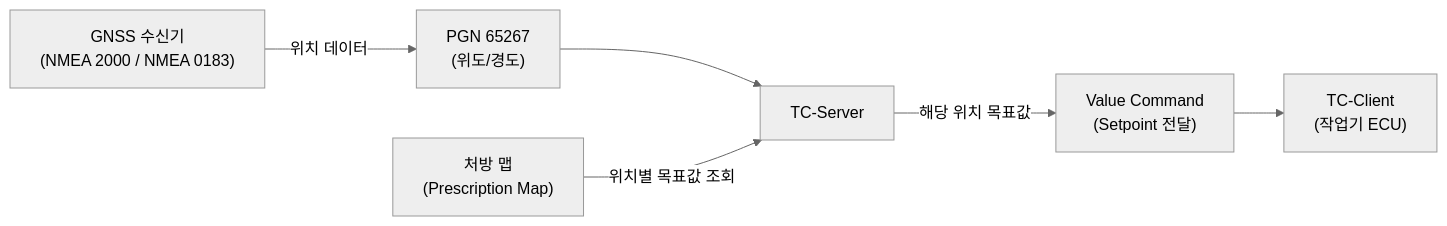
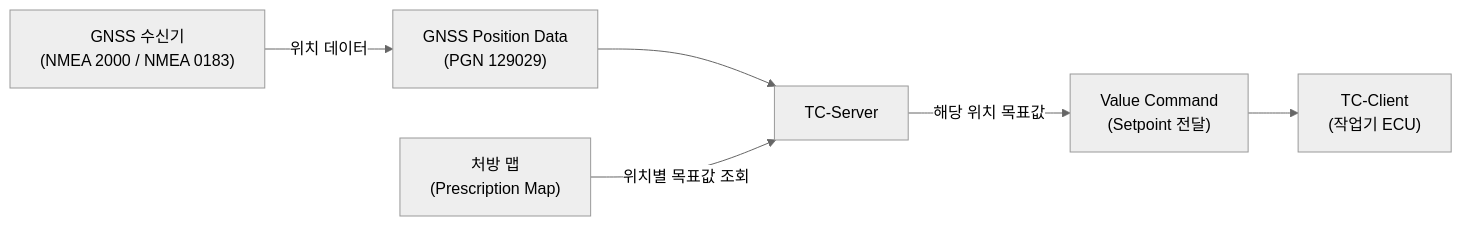
Before and after one commit to hobeen-kim/hobeen-kim.github.io: the fourth of 4 diagrams in docs/_study/isobus/18-tc-basics.md, drawn with Mermaid (neutral theme). The commit also changed other lines of this file and 18 other files, not shown here.

````diff
--- a/docs/_study/isobus/18-tc-basics.md
+++ b/docs/_study/isobus/18-tc-basics.md
@@ -144,15 +167,15 @@
 ```mermaid
 flowchart LR
     GNSS["GNSS 수신기<br>(NMEA 2000 / NMEA 0183)"]
-    PGN["PGN 65267<br>(위도/경도)"]
+    PGN["GNSS Position Data<br>(PGN 129029)"]
     TC["TC-Server"]
     MAP["처방 맵<br>(Prescription Map)"]
     CMD["Value Command<br>(Setpoint 전달)"]
     ECU["TC-Client<br>(작업기 ECU)"]
 
     GNSS -->|"위치 데이터"| PGN
     PGN --> TC
     MAP -->|"위치별 목표값 조회"| TC
     TC -->|"해당 위치 목표값"| CMD
     CMD --> ECU
 ```
````
